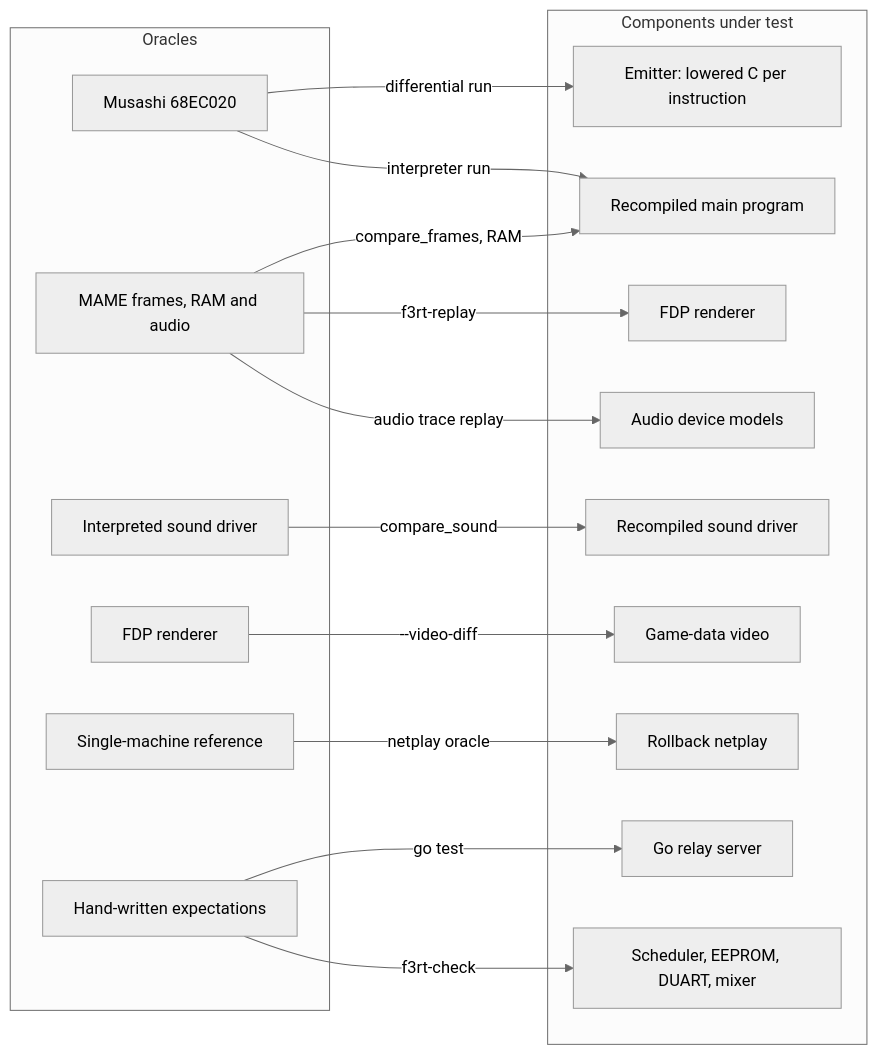
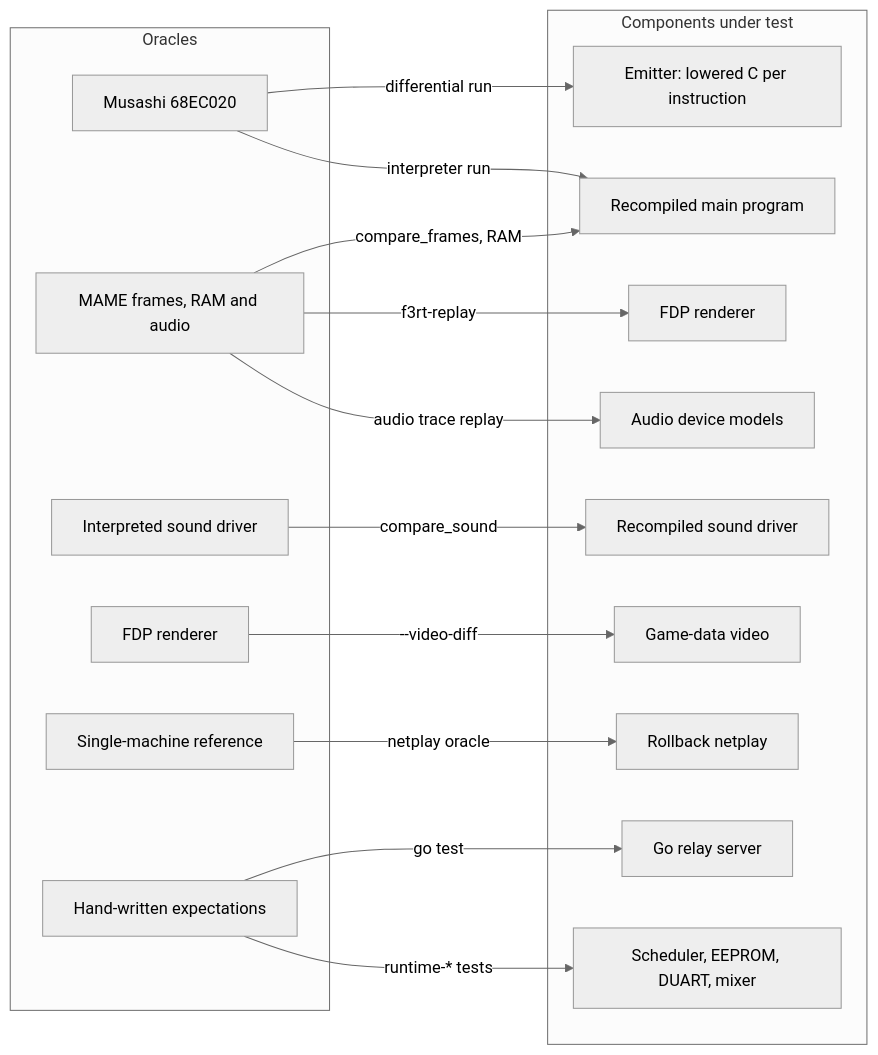
The first of 2 diagrams in docs/site/developer/testing/index.md (ansxor/f3-recomp), drawn with Mermaid (neutral theme) before and after one commit. The commit also changed other lines of this file and 59 other files, not shown here.

First line of the commit message:
HLE audio: SIMD voice kernel (Highway), branch-free synth runs, worker overlap; split runtime checks into runtime/tests

````diff
--- a/docs/site/developer/testing/index.md
+++ b/docs/site/developer/testing/index.md
@@ -43,32 +43,32 @@
 ```mermaid
 flowchart LR
     subgraph Oracles["Oracles"]
         MUS["Musashi 68EC020"]
         MAME["MAME frames, RAM and audio"]
         INT["Interpreted sound driver"]
         FDPO["FDP renderer"]
         REF["Single-machine reference"]
         HAND["Hand-written expectations"]
     end
     subgraph Candidates["Components under test"]
         EMIT["Emitter: lowered C per instruction"]
         MAIN["Recompiled main program"]
         FDP["FDP renderer"]
         GAME["Game-data video"]
         SND["Recompiled sound driver"]
         DEV["Audio device models"]
         NET["Rollback netplay"]
         RELAY["Go relay server"]
         MISC["Scheduler, EEPROM, DUART, mixer"]
     end
     MUS -->|"differential run"| EMIT
     MUS -->|"interpreter run"| MAIN
     MAME -->|"compare_frames, RAM"| MAIN
     MAME -->|"f3rt-replay"| FDP
     FDPO -->|"--video-diff"| GAME
     INT -->|"compare_sound"| SND
     MAME -->|"audio trace replay"| DEV
     REF -->|"netplay oracle"| NET
     HAND -->|"go test"| RELAY
-    HAND -->|"f3rt-check"| MISC
+    HAND -->|"runtime-* tests"| MISC
 ```
````
